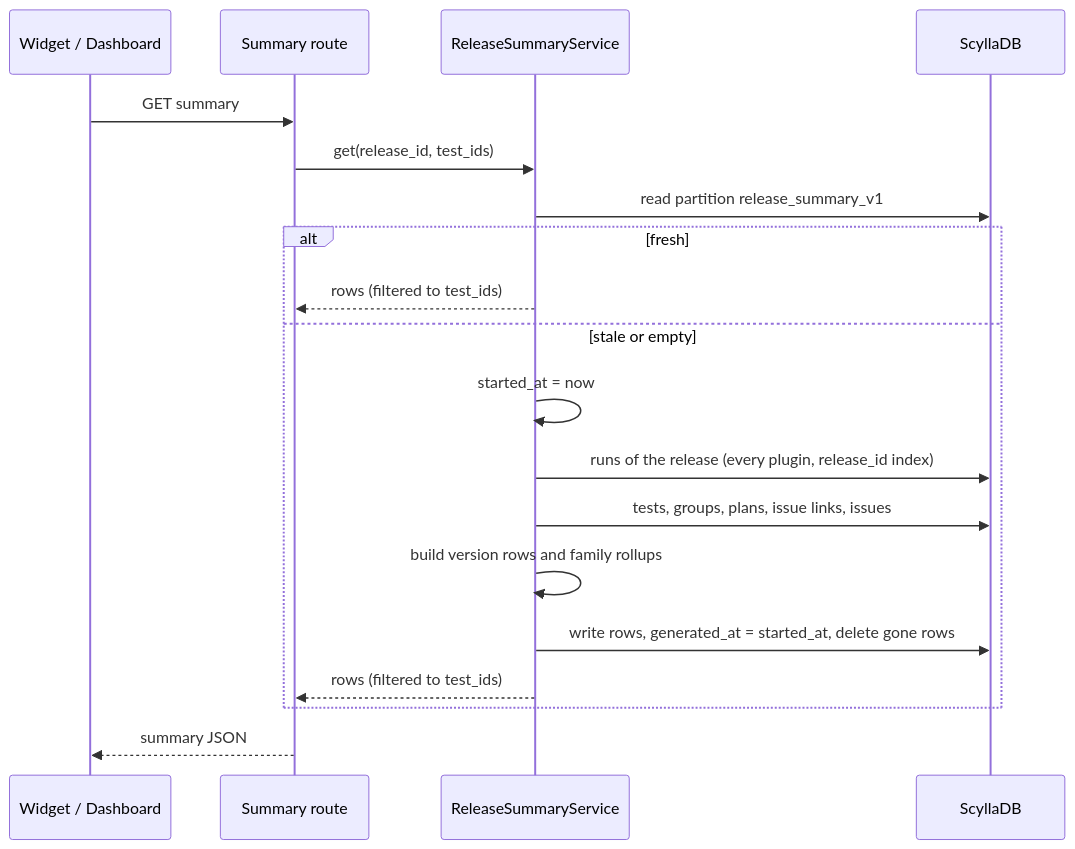
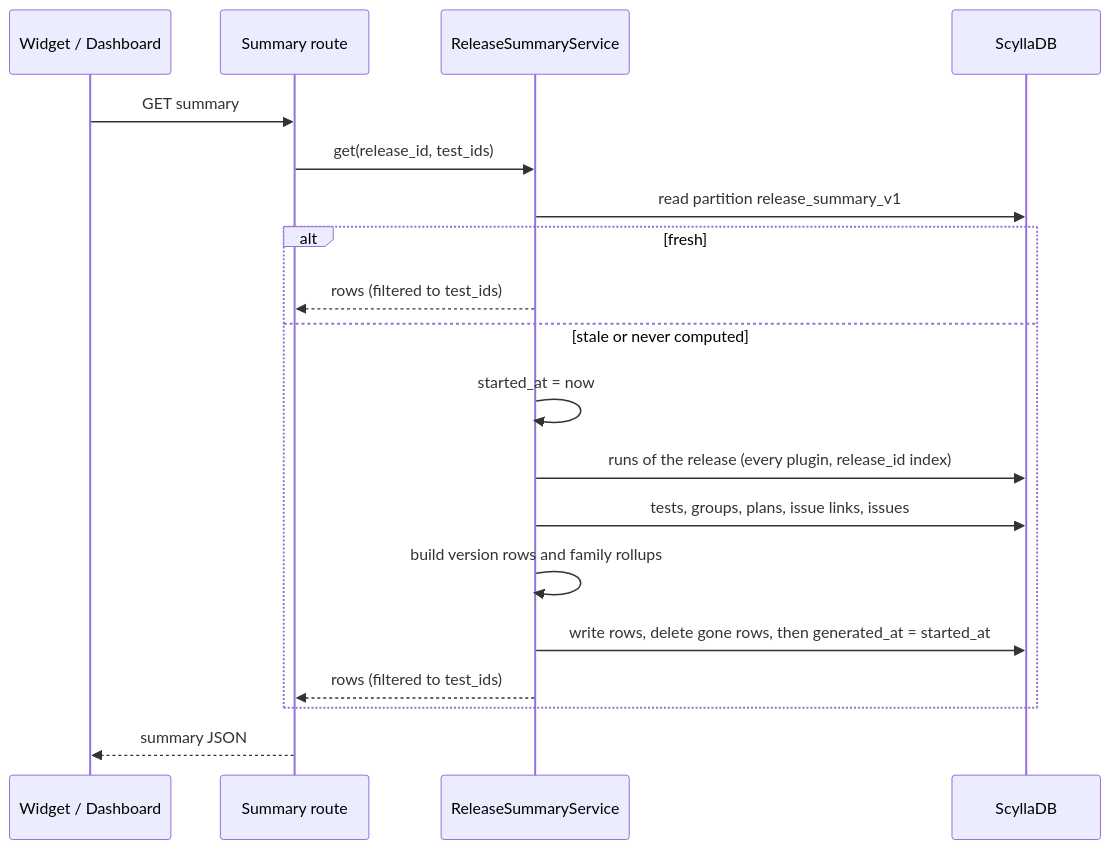
The first of 2 diagrams in tasks/QATOOLS-615/spec.md (scylladb/argus), drawn with Mermaid before and after one commit. The commit also changed other lines of this file and 23 other files, not shown here.

````diff
--- a/tasks/QATOOLS-615/spec.md
+++ b/tasks/QATOOLS-615/spec.md
@@ -57,21 +57,21 @@
 ```mermaid
 sequenceDiagram
     participant UI as Widget / Dashboard
     participant API as Summary route
     participant S as ReleaseSummaryService
     participant DB as ScyllaDB
     UI->>API: GET summary
     API->>S: get(release_id, test_ids)
     S->>DB: read partition release_summary_v1
     alt fresh
         S-->>API: rows (filtered to test_ids)
-    else stale or empty
+    else stale or never computed
         S->>S: started_at = now
         S->>DB: runs of the release (every plugin, release_id index)
         S->>DB: tests, groups, plans, issue links, issues
         S->>S: build version rows and family rollups
-        S->>DB: write rows, generated_at = started_at, delete gone rows
+        S->>DB: write rows, delete gone rows, then generated_at = started_at
         S-->>API: rows (filtered to test_ids)
     end
     API-->>UI: summary JSON
 ```
````
